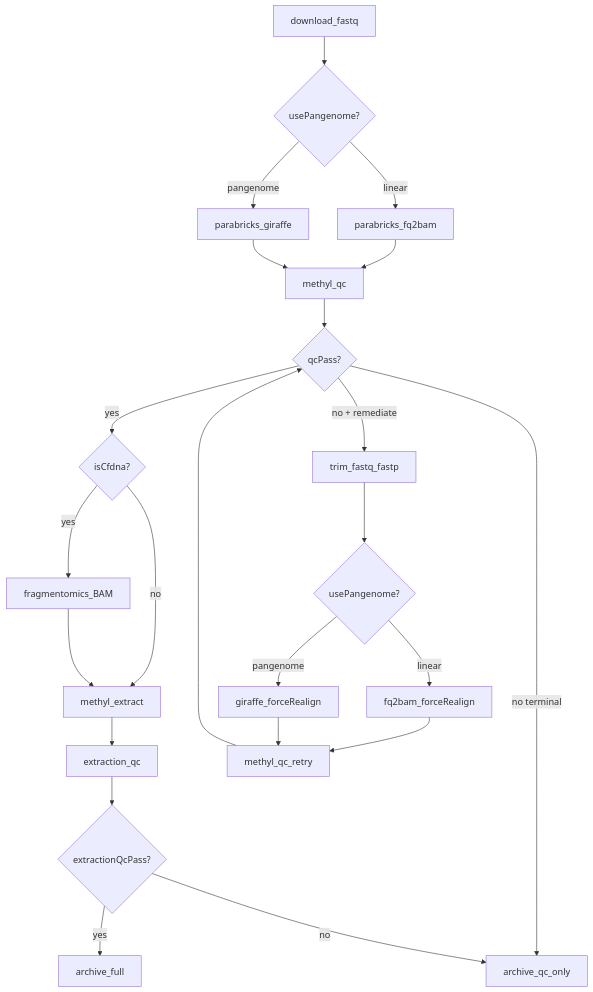
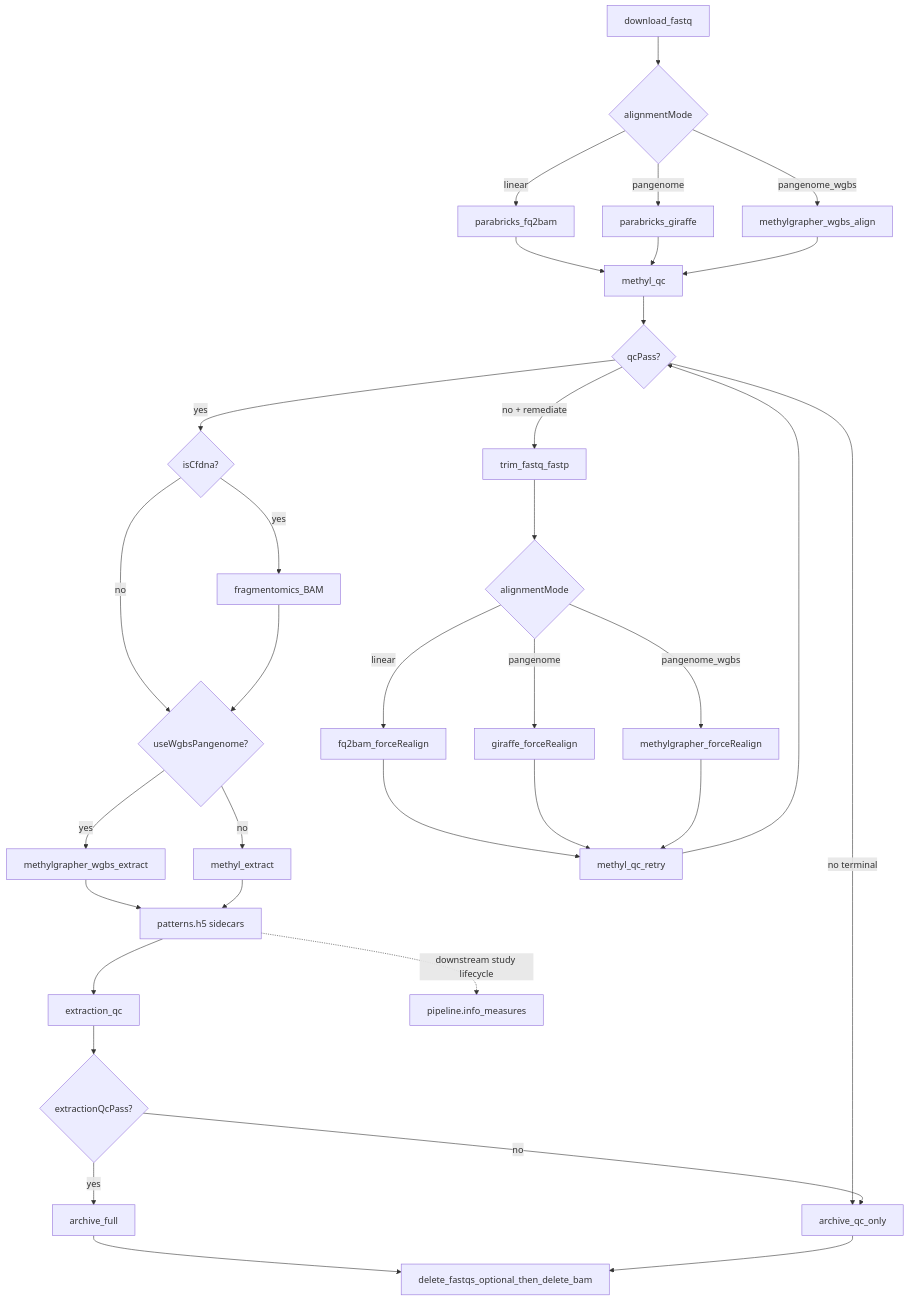
One commit to Goliath-Research/GoliathWorkflow changed the diagram in docs/diagrams/src/sample-prep-flow.mmd. Above: the diagram before and after it, drawn with Mermaid. The commit also changed 20 other files, not shown here.

First line of the commit message:
Enhance documentation and implementation for SamplePrep and WGBS pangenome processing

```diff
--- a/docs/diagrams/src/sample-prep-flow.mmd
+++ b/docs/diagrams/src/sample-prep-flow.mmd
@@ -1,23 +1,34 @@
 flowchart TD
-  dl[download_fastq] --> mode{usePangenome?}
+  dl[download_fastq] --> mode{alignmentMode}
   mode -->|linear| fq[parabricks_fq2bam]
   mode -->|pangenome| gf[parabricks_giraffe]
+  mode -->|pangenome_wgbs| mg[methylgrapher_wgbs_align]
   fq --> aqc[methyl_qc]
   gf --> aqc
+  mg --> aqc
   aqc --> gate{qcPass?}
   gate -->|yes| frag{isCfdna?}
   frag -->|yes| fm[fragmentomics_BAM]
-  frag -->|no| ext[methyl_extract]
-  fm --> ext
-  ext --> eqc[extraction_qc]
+  frag -->|no| extMode{useWgbsPangenome?}
+  fm --> extMode
+  extMode -->|yes| mgExt[methylgrapher_wgbs_extract]
+  extMode -->|no| mex[methyl_extract]
+  mgExt --> patterns["patterns.h5 sidecars"]
+  mex --> patterns
+  patterns --> eqc[extraction_qc]
   eqc --> pass{extractionQcPass?}
   pass -->|yes| archive[archive_full]
+  archive --> cleanup[delete_fastqs_optional_then_delete_bam]
   gate -->|no + remediate| trim[trim_fastq_fastp]
-  trim --> rmode{usePangenome?}
+  trim --> rmode{alignmentMode}
   rmode -->|linear| fq2[fq2bam_forceRealign]
   rmode -->|pangenome| gf2[giraffe_forceRealign]
+  rmode -->|pangenome_wgbs| mg2[methylgrapher_forceRealign]
   fq2 --> aqc2[methyl_qc_retry]
   gf2 --> aqc2
+  mg2 --> aqc2
   aqc2 --> gate
   gate -->|no terminal| reject[archive_qc_only]
   pass -->|no| reject
+  reject --> cleanup
+  patterns -.->|downstream study lifecycle| info[pipeline.info_measures]
```
